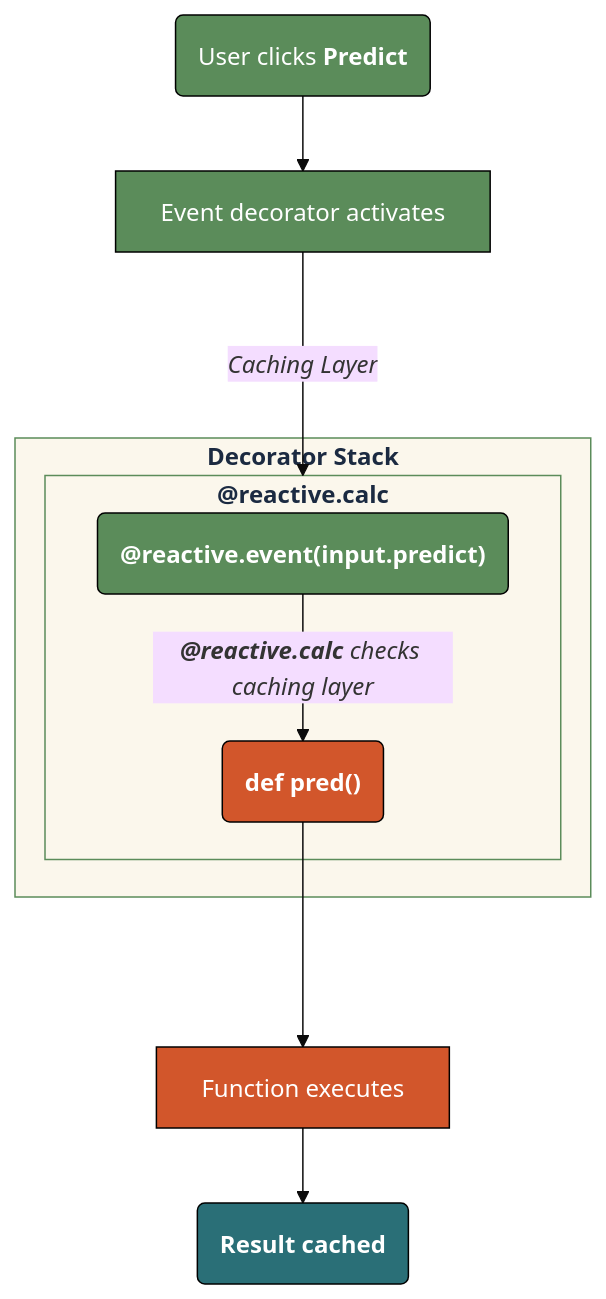
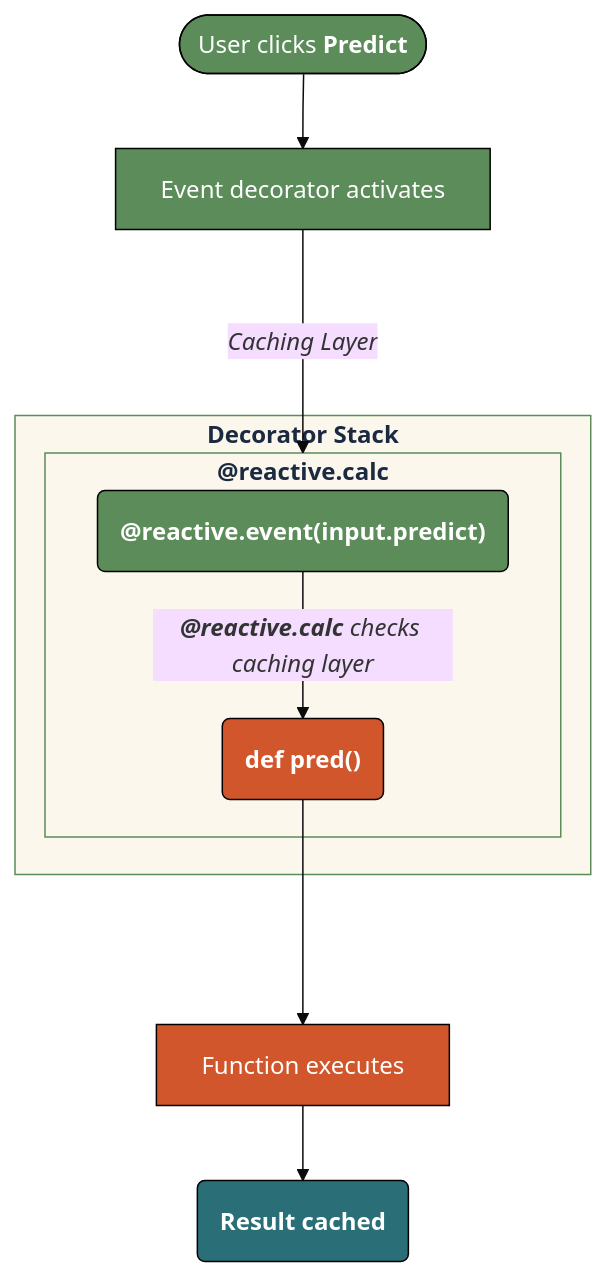
The sixth of 15 diagrams in app-log-py.qmd (mjfrigaard/do4ds-labs), drawn with Mermaid before and after one commit. The commit also changed other lines of this file and 28 other files, not shown here.

Commit message:
updates to mermaids

````diff
--- a/app-log-py.qmd
+++ b/app-log-py.qmd
@@ -674,34 +674,34 @@
 ```{mermaid}
 %%| fig-cap: 'Predicted Values'
 %%| fig-width: 7.0
 %%| fig-align: 'center'
 %%{init: {'theme': 'base', 'themeVariables': {'fontFamily': 'monospace'}}}%%
 
 graph TD
     subgraph Dec["<strong>Decorator Stack</strong>"]
         subgraph CalcDec["<strong>@reactive.calc</strong>"]
             Event("<strong>@reactive.event(input.predict)</strong>")
             Function("<strong>def pred()</strong>")
             Event --"<em><strong>@reactive.calc</strong> checks caching layer</em>"--> Function
         end
     end
 
-    ButtonClick("User clicks <strong>Predict</strong>")
+    ButtonClick(["User clicks <strong>Predict</strong>"])
     EventTrigger[Event decorator activates]
     ExecuteFunction[Function executes]
     CacheResult("<strong>Result cached</strong>")
 
     ButtonClick --> EventTrigger
     EventTrigger --"<em>Caching Layer</em>"---> CalcDec
     Function ---> ExecuteFunction
     ExecuteFunction --> CacheResult
     style ButtonClick fill:#5B8C5A,stroke:#000000,stroke-width:1px,color:#ffffff
     style EventTrigger fill:#5B8C5A,stroke:#000000,stroke-width:1px,color:#ffffff
     style Event fill:#5B8C5A,stroke:#000000,stroke-width:1px,color:#ffffff
     style Function fill:#D2562B,stroke:#000000,stroke-width:1px,color:#ffffff
     style ExecuteFunction fill:#D2562B,stroke:#000000,stroke-width:1px,color:#ffffff
     style CacheResult fill:#2A6F77,stroke:#000000,stroke-width:1px,color:#ffffff
     style Dec fill:#fbf7ec,stroke:#5B8C5A,color:#1B2A41
     style CalcDec fill:#fbf7ec,stroke:#5B8C5A,color:#1B2A41
 
 ```
````
